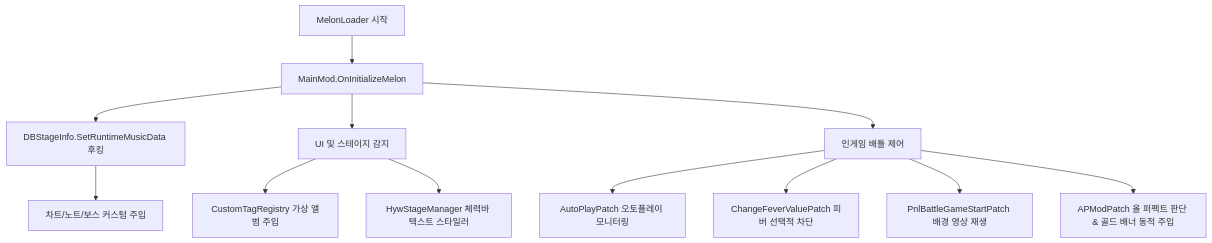
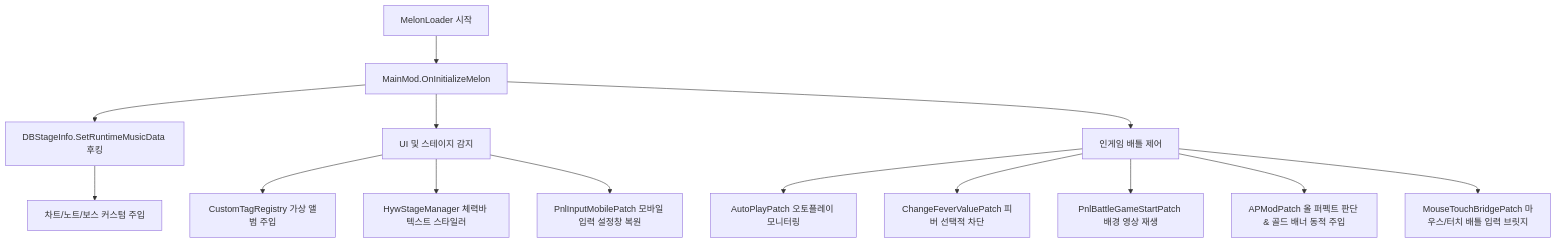
One commit to magjangin/muse-dash-test changed the diagram in docs/architecture/CODE_REFERENCE.md. Above: the diagram before and after it, drawn with Mermaid. The commit also changed other lines of this file and 3 other files, not shown here.

Commit message:
docs: 주요 아키텍처 및 코드 레퍼런스 문서들에 모바일 터치/입력 브릿지 명세 반영

````diff
--- a/docs/architecture/CODE_REFERENCE.md
+++ b/docs/architecture/CODE_REFERENCE.md
@@ -11,16 +11,18 @@
 ```mermaid
 graph TD
     MelonLoader[MelonLoader 시작] --> MainMod[MainMod.OnInitializeMelon]
     MainMod --> HookStage[DBStageInfo.SetRuntimeMusicData 후킹]
     HookStage --> NoteExp[차트/노트/보스 커스텀 주입]
     
     MainMod --> HookUI[UI 및 스테이지 감지]
     HookUI --> CustomTag[CustomTagRegistry 가상 앨범 주입]
     HookUI --> HpTextMod[HywStageManager 체력바 텍스트 스타일러]
+    HookUI --> MobileUI[PnlInputMobilePatch 모바일 입력 설정창 복원]
     
     MainMod --> HookBattle[인게임 배틀 제어]
     HookBattle --> AutoPlay[AutoPlayPatch 오토플레이 모니터링]
     HookBattle --> FeverCtrl[ChangeFeverValuePatch 피버 선택적 차단]
     HookBattle --> VideoPlay[PnlBattleGameStartPatch 배경 영상 재생]
     HookBattle --> APMod[APModPatch 올 퍼펙트 판단 & 골드 배너 동적 주입]
+    HookBattle --> TouchBridge[MouseTouchBridgePatch 마우스/터치 배틀 입력 브릿지]
 ```
````
